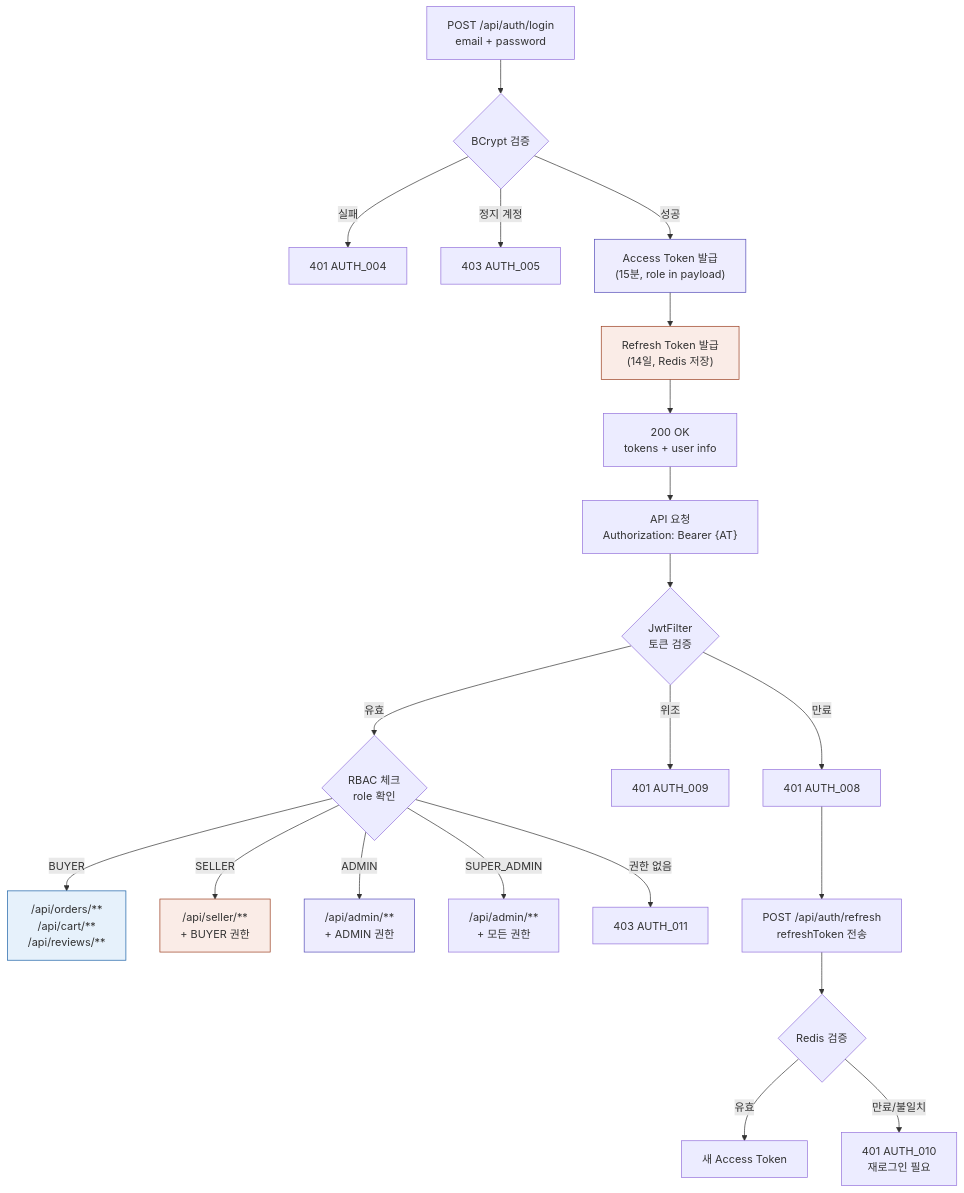
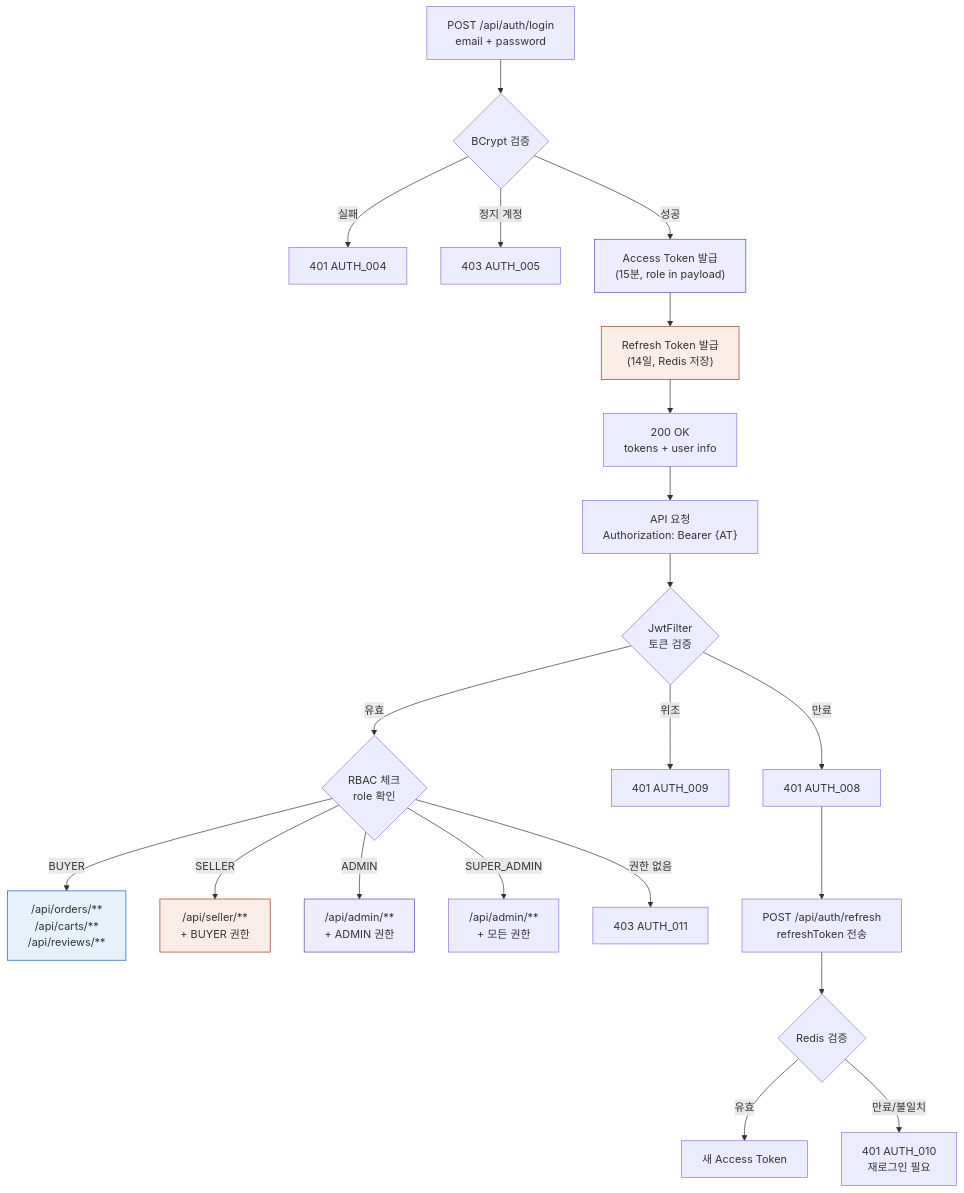
The eighth of 21 diagrams in documents/business-flow/BusinessFlow.md (one-stop-project/one-stop-project-docs), drawn with Mermaid before and after one commit. The commit also changed other lines of this file and 6 other files, not shown here.

Commit message:
공통 문서(엔티티 관계도·에러코드·플로우·시퀀스) 코드 정합화 및 에러코드 레퍼런스 신설

````diff
--- a/documents/business-flow/BusinessFlow.md
+++ b/documents/business-flow/BusinessFlow.md
@@ -384,37 +384,37 @@
 ```Mermaid
 
 flowchart TD
     A["POST /api/auth/login<br/>email + password"] --> B{"BCrypt 검증"}
 
     B -->|실패| B1["401 AUTH_004"]
     B -->|정지 계정| B2["403 AUTH_005"]
 
     B -->|성공| C["Access Token 발급<br/>(15분, role in payload)"]
     C --> D["Refresh Token 발급<br/>(14일, Redis 저장)"]
     D --> E["200 OK<br/>tokens + user info"]
 
     E --> F["API 요청<br/>Authorization: Bearer {AT}"]
 
     F --> G{"JwtFilter<br/>토큰 검증"}
     G -->|만료| G1["401 AUTH_008"]
     G -->|위조| G2["401 AUTH_009"]
     G -->|유효| H{"RBAC 체크<br/>role 확인"}
 
-    H -->|BUYER| H1["/api/orders/**<br/>/api/cart/**<br/>/api/reviews/**"]
+    H -->|BUYER| H1["/api/orders/**<br/>/api/carts/**<br/>/api/reviews/**"]
     H -->|SELLER| H2["/api/seller/**<br/>+ BUYER 권한"]
     H -->|ADMIN| H3["/api/admin/**<br/>+ ADMIN 권한"]
     H -->|SUPER_ADMIN| H4["/api/admin/**<br/>+ 모든 권한"]
     H -->|권한 없음| H5["403 AUTH_011"]
 
     G1 --> I["POST /api/auth/refresh<br/>refreshToken 전송"]
     I --> J{"Redis 검증"}
     J -->|유효| K["새 Access Token"]
     J -->|만료/불일치| L["401 AUTH_010<br/>재로그인 필요"]
 
     style C fill:#EEEDFE,stroke:#534AB7
     style D fill:#FAECE7,stroke:#993C1D
     style H1 fill:#E6F1FB,stroke:#185FA5
     style H2 fill:#FAECE7,stroke:#993C1D
     style H3 fill:#EEEDFE,stroke:#534AB7
 
 ```
````
